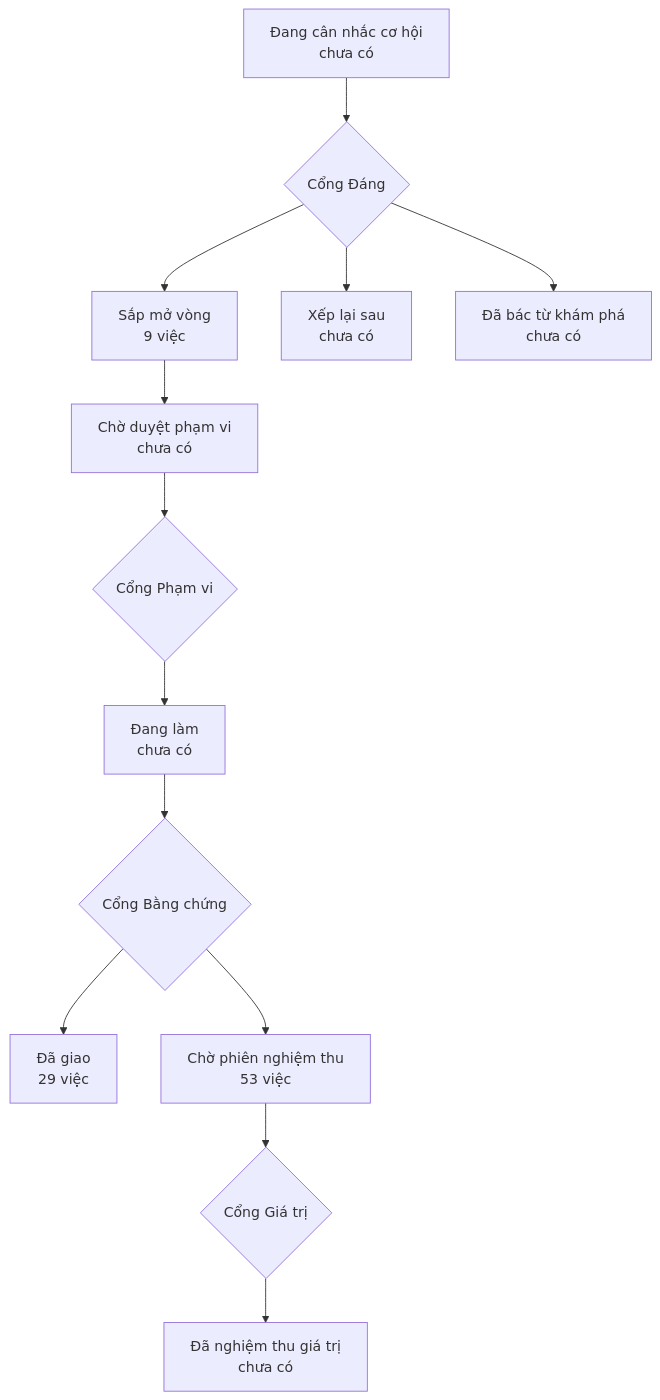
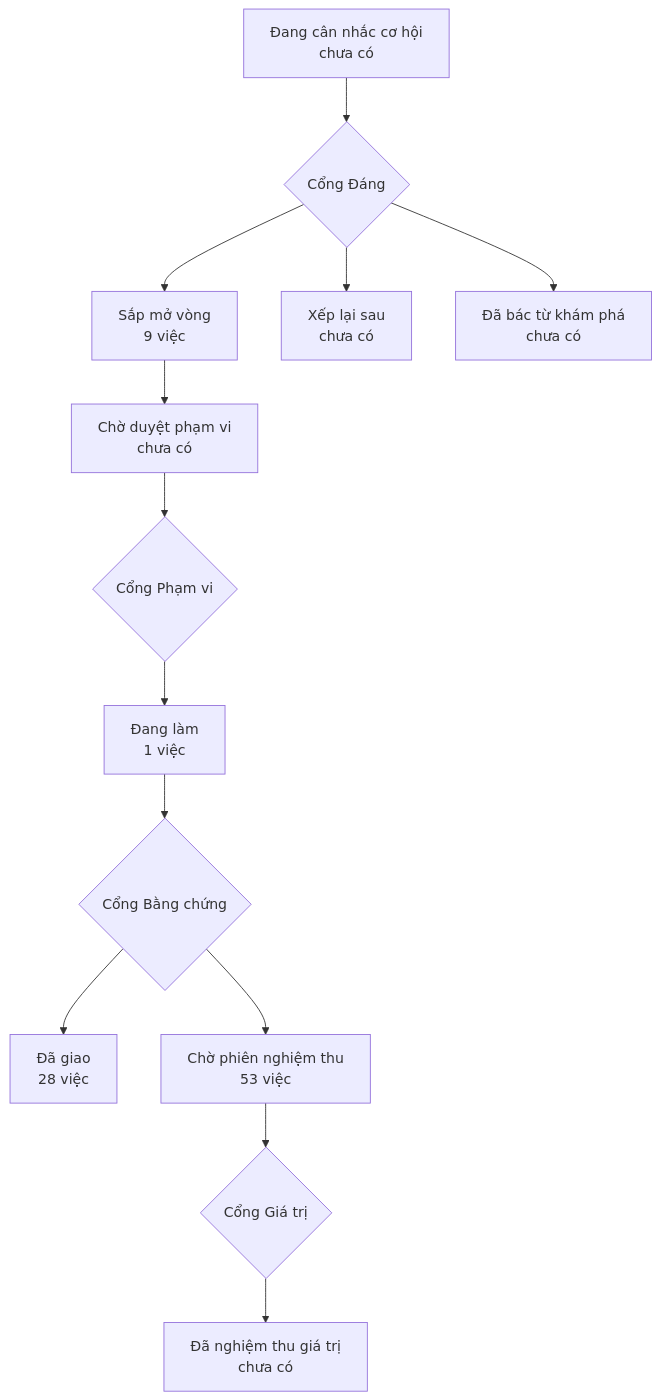
The diagram in PRODUCT-MAP.md (phanlemanh/onehub-inventory), drawn with Mermaid before and after one commit. The commit also changed other lines of this file and 1 other file, not shown here.

Commit message:
chore(design-decisions-40-of-40): redraw the product map for round 3

````diff
--- a/PRODUCT-MAP.md
+++ b/PRODUCT-MAP.md
@@ -7,12 +7,12 @@
 ```mermaid
 flowchart TD
   A["Đang cân nhắc cơ hội<br/>chưa có"] --> GD{"Cổng Đáng"}
   GD --> B["Sắp mở vòng<br/>9 việc"]
   GD --> XL["Xếp lại sau<br/>chưa có"]
   GD --> DB["Đã bác từ khám phá<br/>chưa có"]
   B --> CD["Chờ duyệt phạm vi<br/>chưa có"] --> GP{"Cổng Phạm vi"}
-  GP --> DL["Đang làm<br/>chưa có"] --> GB{"Cổng Bằng chứng"}
-  GB --> DG["Đã giao<br/>29 việc"]
+  GP --> DL["Đang làm<br/>1 việc"] --> GB{"Cổng Bằng chứng"}
+  GB --> DG["Đã giao<br/>28 việc"]
   GB --> CN["Chờ phiên nghiệm thu<br/>53 việc"] --> GG{"Cổng Giá trị"}
   GG --> NT["Đã nghiệm thu giá trị<br/>chưa có"]
 ```
````
